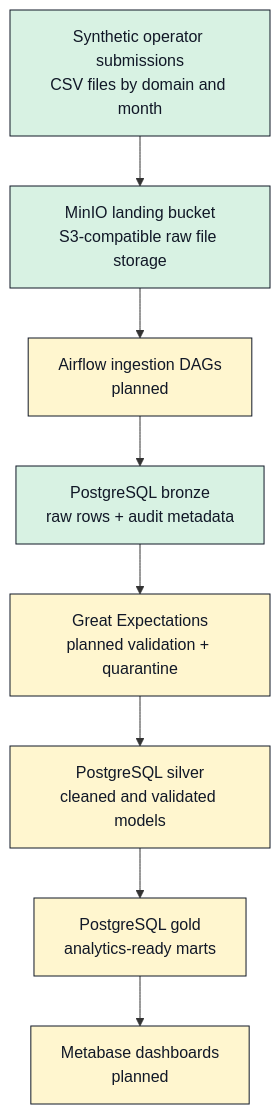
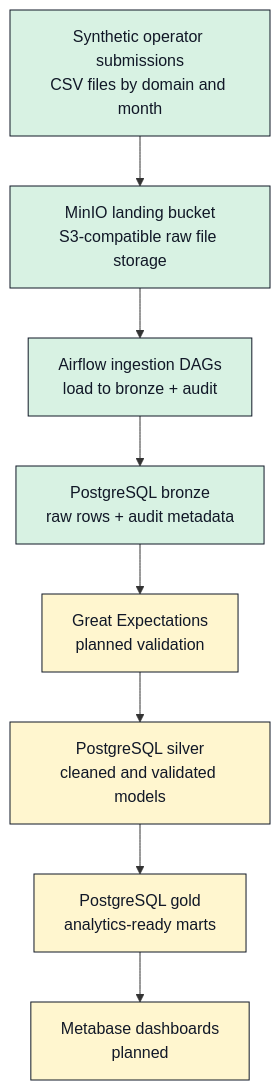
Before and after one commit to mintyfizz/telco-regulator-pipeline: the diagram in README.md, drawn with Mermaid. The commit also changed other lines of this file and 30 other files, not shown here.

First line of the commit message:
feat(airflow): ingest bronze submissions from MinIO

````diff
--- a/README.md
+++ b/README.md
@@ -71,25 +71,25 @@
 ```mermaid
 flowchart TB
     sources["Synthetic operator submissions<br/>CSV files by domain and month"]
     landing["MinIO landing bucket<br/>S3-compatible raw file storage"]
-    airflow["Airflow ingestion DAGs<br/>planned"]
+    airflow["Airflow ingestion DAGs<br/>load to bronze + audit"]
     bronze["PostgreSQL bronze<br/>raw rows + audit metadata"]
-    quality["Great Expectations<br/>planned validation + quarantine"]
+    quality["Great Expectations<br/>planned validation"]
     silver["PostgreSQL silver<br/>cleaned and validated models"]
     gold["PostgreSQL gold<br/>analytics-ready marts"]
     bi["Metabase dashboards<br/>planned"]
 
     sources --> landing
     landing --> airflow
     airflow --> bronze
     bronze --> quality
     quality --> silver
     silver --> gold
     gold --> bi
 
     classDef implemented fill:#d8f2e3,stroke:#111827,color:#111827
     classDef planned fill:#fff6cf,stroke:#111827,color:#111827
 
-    class sources,landing,bronze implemented
-    class airflow,quality,silver,gold,bi planned
+    class sources,landing,airflow,bronze implemented
+    class quality,silver,gold,bi planned
 ```
````
